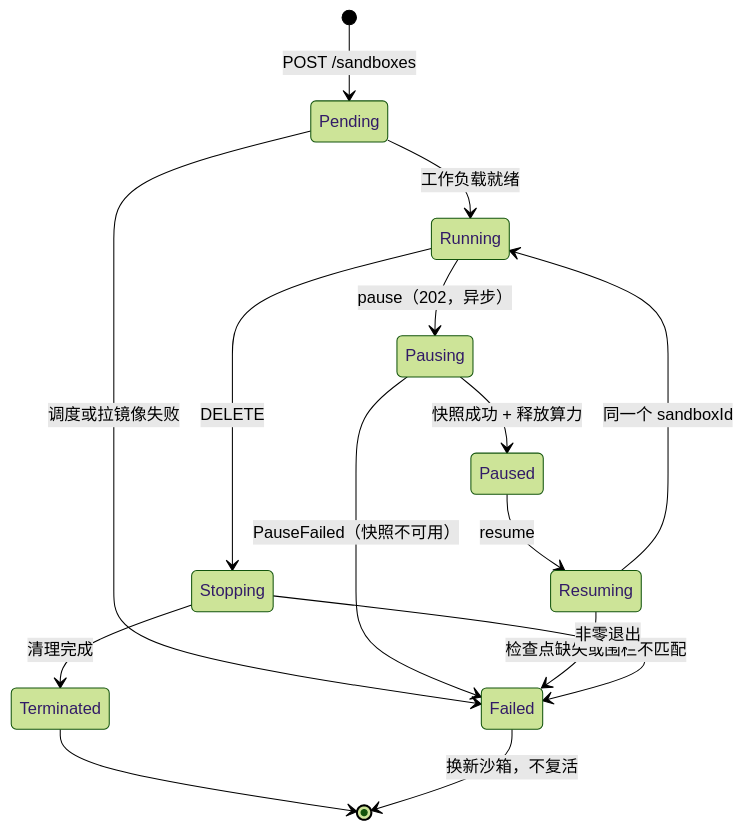
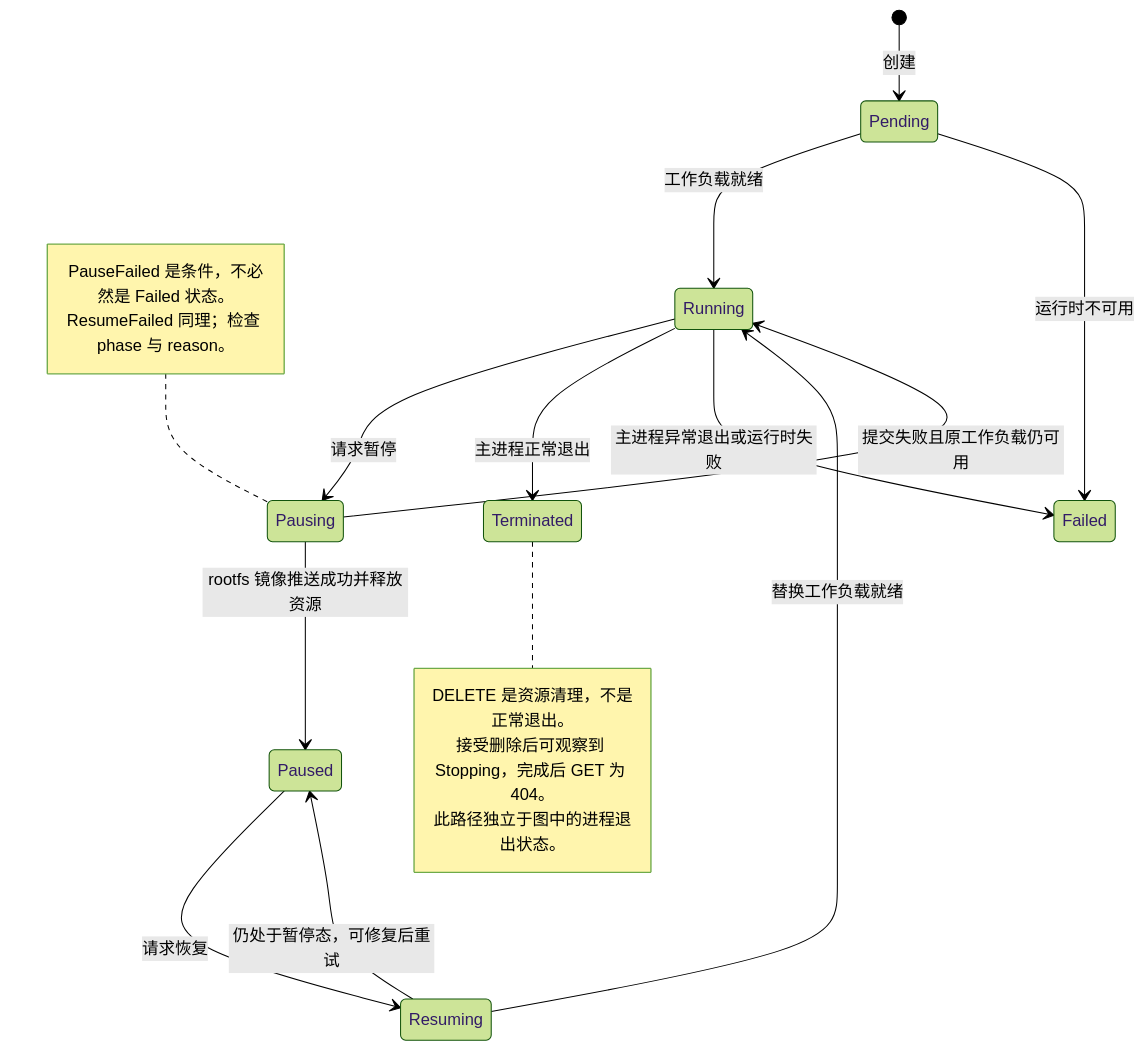
One commit to StarDust0083-GP03/opensandbox-architecture-ebook changed the diagram in book/diagrams/lifecycle.mmd. Above: the diagram before and after it, drawn with Mermaid (forest theme). The commit also changed 27 other files, not shown here.

First line of the commit message:
fix(diagrams): correct control flow and lifecycle semantics

```diff
--- a/book/diagrams/lifecycle.mmd
+++ b/book/diagrams/lifecycle.mmd
@@ -1,17 +1,23 @@
-%% 沙箱生命周期状态机（第 13 篇）
+%% Kubernetes BatchSandbox 的运行与暂停循环；不是所有后端的统一状态机。
 stateDiagram-v2
   direction TB
-  [*] --> Pending: POST /sandboxes
+  [*] --> Pending: 创建
   Pending --> Running: 工作负载就绪
-  Pending --> Failed: 调度或拉镜像失败
-  Running --> Pausing: pause（202，异步）
-  Pausing --> Paused: 快照成功 + 释放算力
-  Pausing --> Failed: PauseFailed（快照不可用）
-  Paused --> Resuming: resume
-  Resuming --> Running: 同一个 sandboxId
-  Resuming --> Failed: 检查点缺失或围栏不匹配
-  Running --> Stopping: DELETE
-  Stopping --> Terminated: 清理完成
-  Stopping --> Failed: 非零退出
-  Terminated --> [*]
-  Failed --> [*]: 换新沙箱，不复活
+  Pending --> Failed: 运行时不可用
+  Running --> Pausing: 请求暂停
+  Pausing --> Paused: rootfs 镜像推送成功并释放资源
+  Pausing --> Running: 提交失败且原工作负载仍可用
+  Paused --> Resuming: 请求恢复
+  Resuming --> Running: 替换工作负载就绪
+  Resuming --> Paused: 仍处于暂停态，可修复后重试
+  Running --> Terminated: 主进程正常退出
+  Running --> Failed: 主进程异常退出或运行时失败
+  note left of Pausing
+    PauseFailed 是条件，不必然是 Failed 状态。
+    ResumeFailed 同理；检查 phase 与 reason。
+  end note
+  note right of Terminated
+    DELETE 是资源清理，不是正常退出。
+    接受删除后可观察到 Stopping，完成后 GET 为 404。
+    此路径独立于图中的进程退出状态。
+  end note
```
